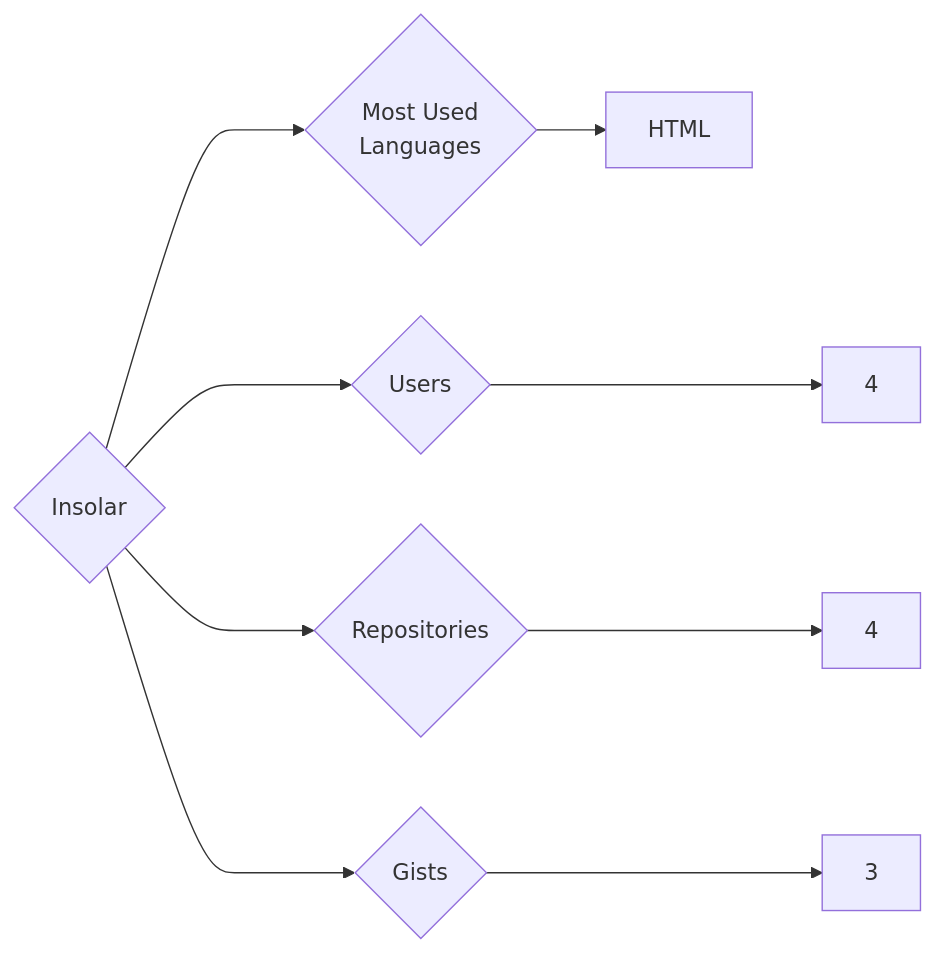
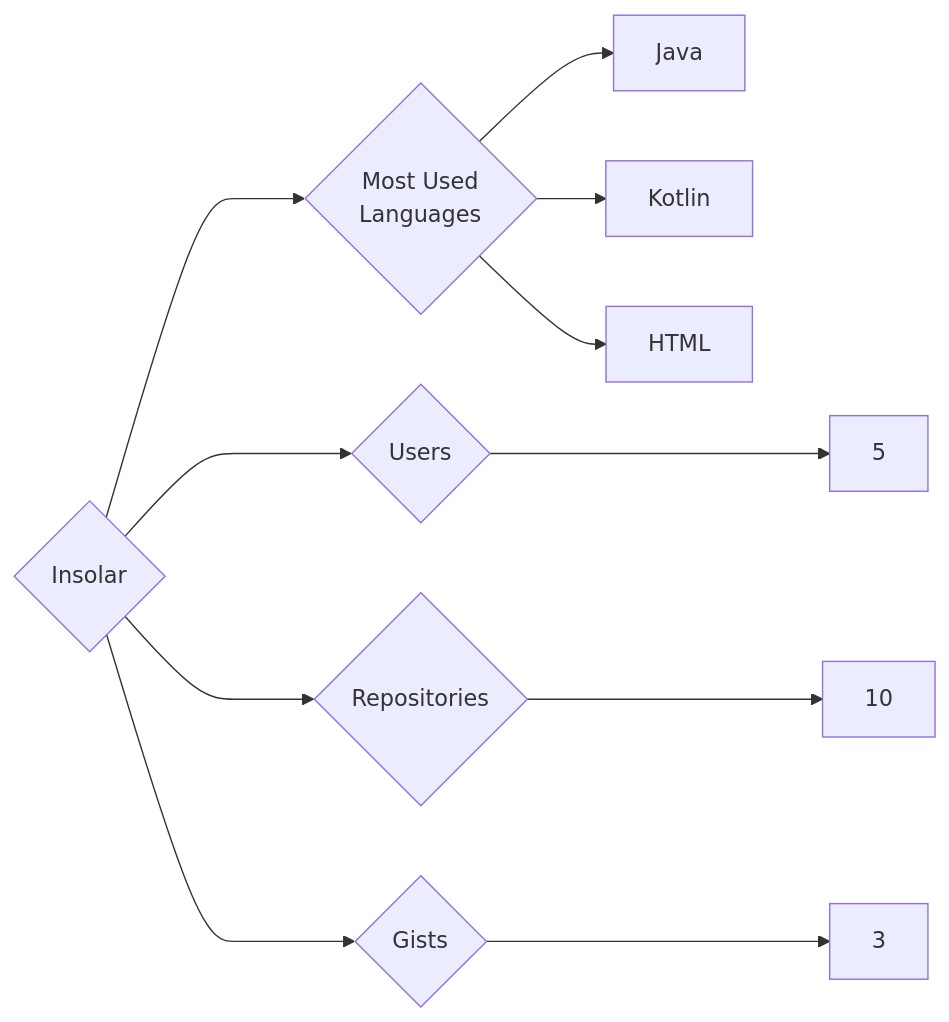
Before and after one commit to trickest/insiders: the diagram in targets/Insolar/README.md, drawn with Mermaid. The commit also changed 815 other files, not shown here.

````diff
--- a/targets/Insolar/README.md
+++ b/targets/Insolar/README.md
@@ -3,9 +3,11 @@
 ```mermaid
 graph LR
 COMPANY_NAME{Insolar}
-COMPANY_NAME ---> U{Users} ---> UN[4]
-COMPANY_NAME ---> R{Repositories} ---> RN[4]
+COMPANY_NAME ---> U{Users} ---> UN[5]
+COMPANY_NAME ---> R{Repositories} ---> RN[10]
 COMPANY_NAME ---> G{Gists} ---> GN[3]
 COMPANY_NAME ---> ML{Most Used<br>Languages}
+ML --> Java[Java]
+ML --> Kotlin[Kotlin]
 ML --> HTML[HTML]
 ```
````
